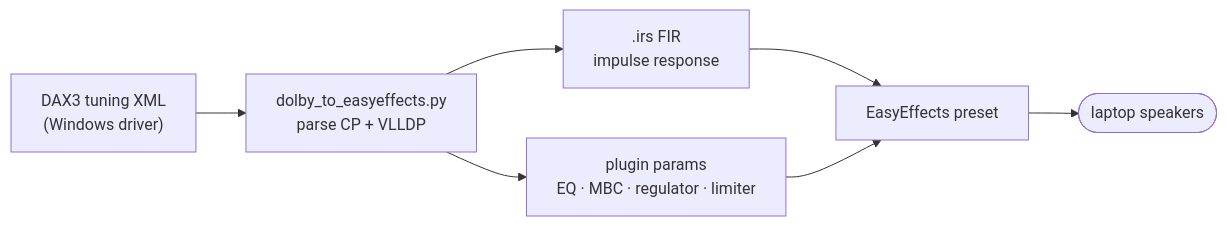
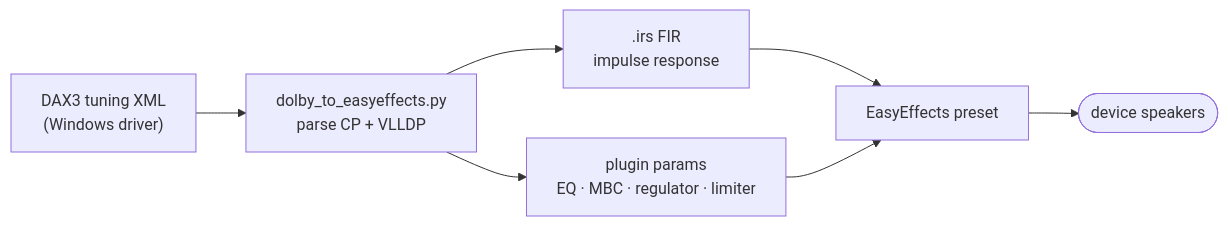
One commit to antoinecellerier/speaker-tuning-to-easyeffects changed the diagram in README.md. Above: the diagram before and after it, drawn with Mermaid. The commit also changed other lines of this file and 1 other file, not shown here.

First line of the commit message:
Say "device", not "laptop", where handhelds read the same text

````diff
--- a/README.md
+++ b/README.md
@@ -437,9 +437,9 @@
 ```mermaid
 flowchart LR
   XML["DAX3 tuning XML<br/>(Windows driver)"] --> P["dolby_to_easyeffects.py<br/>parse CP + VLLDP"]
   P --> FIR[".irs FIR<br/>impulse response"]
   P --> PRM["plugin params<br/>EQ · MBC · regulator · limiter"]
   FIR --> EE["EasyEffects preset"]
   PRM --> EE
-  EE --> SPK(["laptop speakers"])
+  EE --> SPK(["device speakers"])
 ```
````
